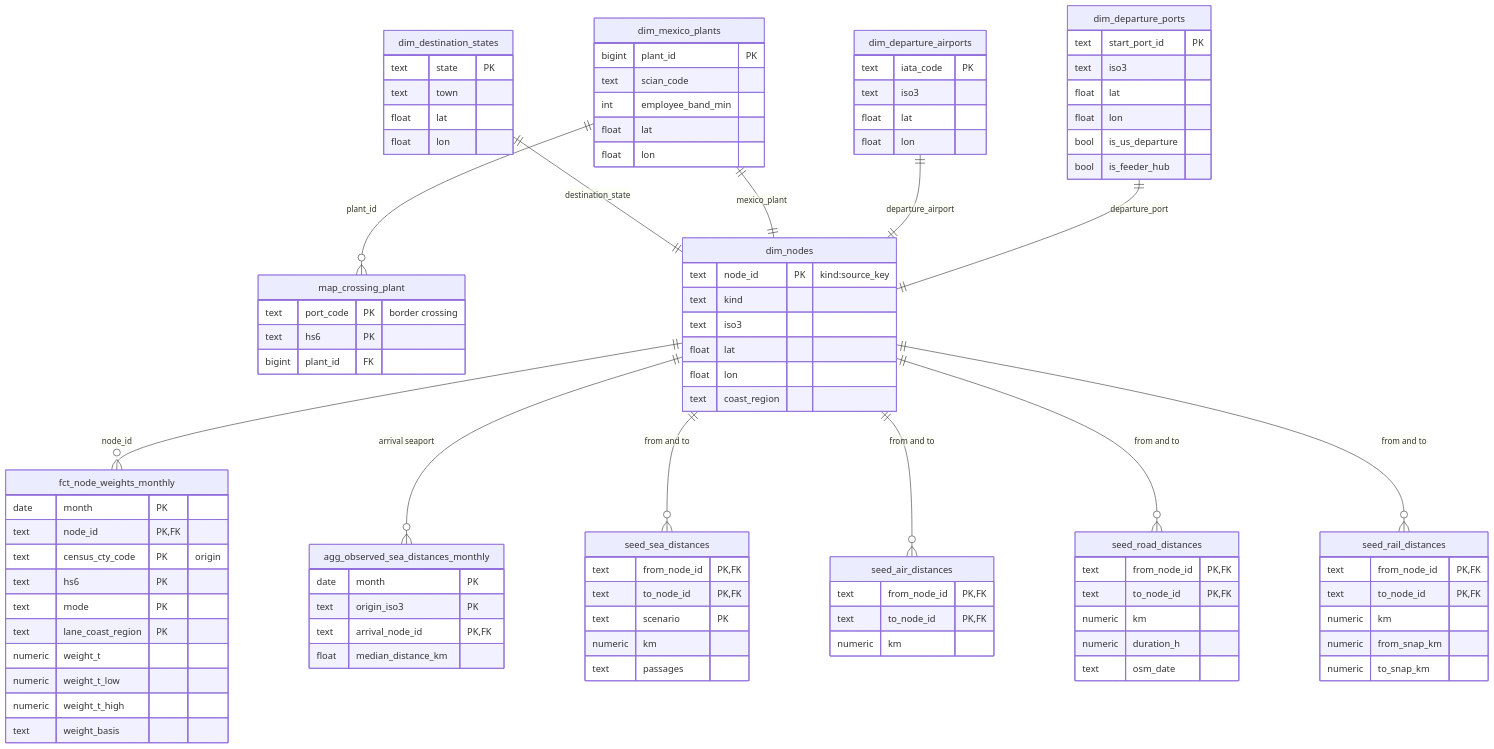
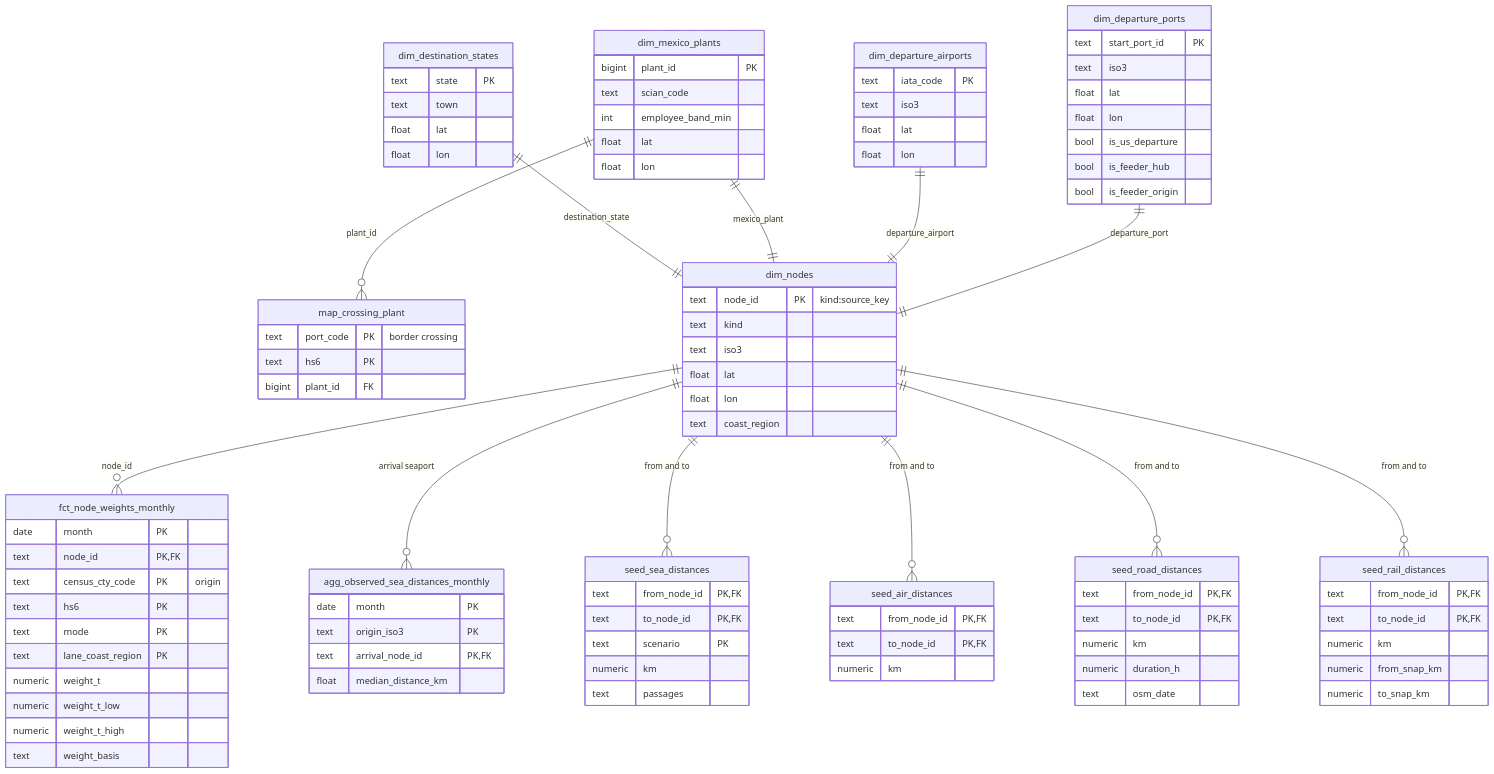
The third of 3 diagrams in data-pipelines/README.md (mollyegibson/shockt-climate), drawn with Mermaid before and after one commit. The commit also changed 10 other files, not shown here.

```diff
--- a/data-pipelines/README.md
+++ b/data-pipelines/README.md
@@ -388,6 +388,7 @@
     float lon
     bool is_us_departure
     bool is_feeder_hub
+    bool is_feeder_origin
   }
   dim_departure_airports {
     text iata_code PK
```
